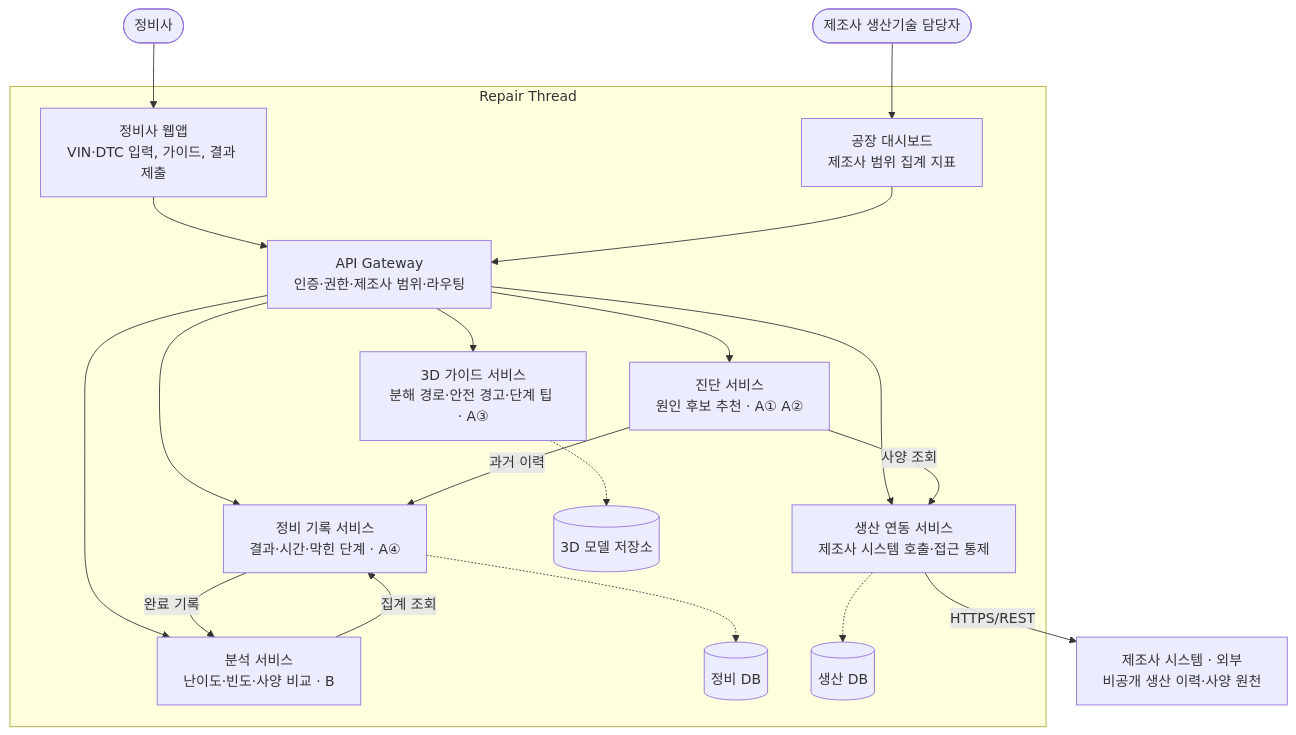
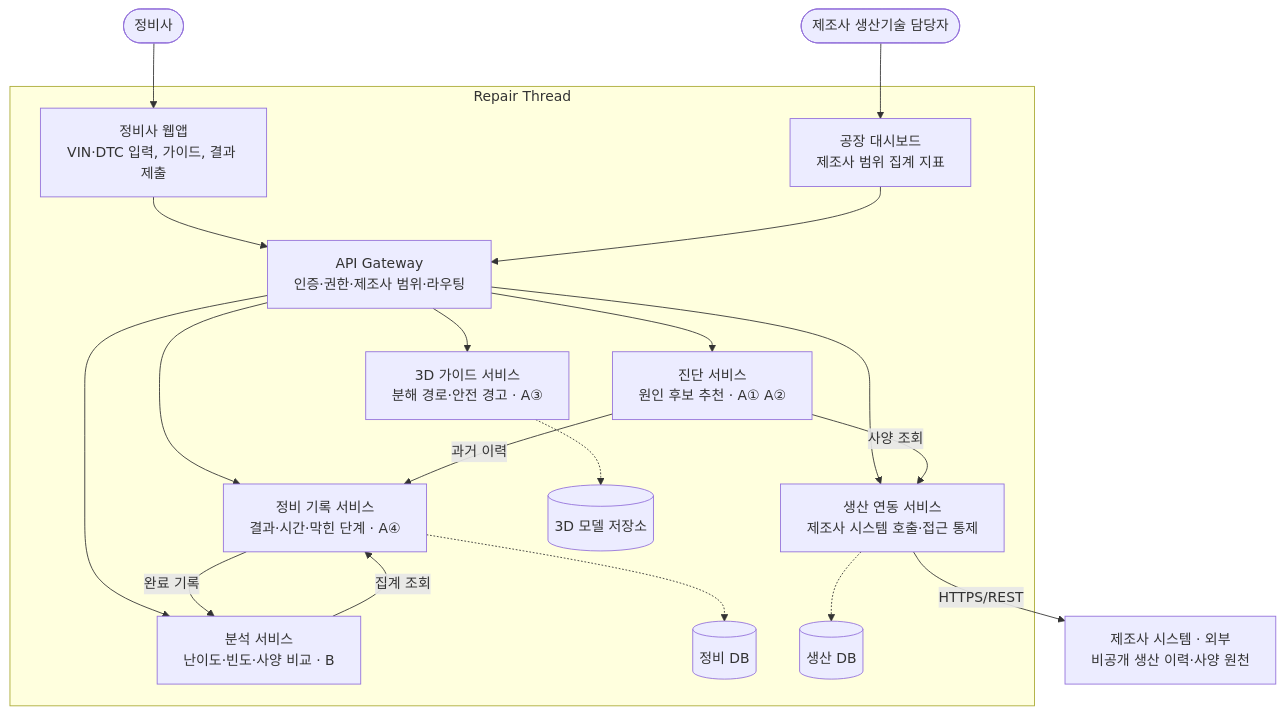
The second of 6 diagrams in docs/planning.md (salieri009/LG_CNS_AM_INSPIRE), drawn with Mermaid before and after one commit. The commit also changed other lines of this file and 3 other files, not shown here.

````diff
--- a/docs/planning.md
+++ b/docs/planning.md
@@ -675,30 +675,30 @@
 ```mermaid
 flowchart TB
   MECH([정비사])
   ENG([제조사 생산기술 담당자])
   subgraph RT[Repair Thread]
     WEB[정비사 웹앱<br/>VIN·DTC 입력, 가이드, 결과 제출]
     GW[API Gateway<br/>인증·권한·제조사 범위·라우팅]
     DASH[공장 대시보드<br/>제조사 범위 집계 지표]
     DIAG[진단 서비스<br/>원인 후보 추천 · A① A②]
-    GUIDE[3D 가이드 서비스<br/>분해 경로·안전 경고·단계 팁 · A③]
+    GUIDE[3D 가이드 서비스<br/>분해 경로·안전 경고 · A③]
     REC[정비 기록 서비스<br/>결과·시간·막힌 단계 · A④]
     ANA[분석 서비스<br/>난이도·빈도·사양 비교 · B]
     PI[생산 연동 서비스<br/>제조사 시스템 호출·접근 통제]
     MS[(3D 모델 저장소)]
     RDB[(정비 DB)]
     PDB[(생산 DB)]
   end
   EXT[제조사 시스템 · 외부<br/>비공개 생산 이력·사양 원천]
   MECH --> WEB --> GW
   ENG --> DASH --> GW
   GW --> DIAG & GUIDE & REC & ANA & PI
   DIAG -->|사양 조회| PI
   DIAG -->|과거 이력| REC
   GUIDE -.-> MS
   REC -.-> RDB
   REC -->|완료 기록| ANA
   ANA -->|집계 조회| REC
   PI -.-> PDB
   PI -->|HTTPS/REST| EXT
 ```
````
